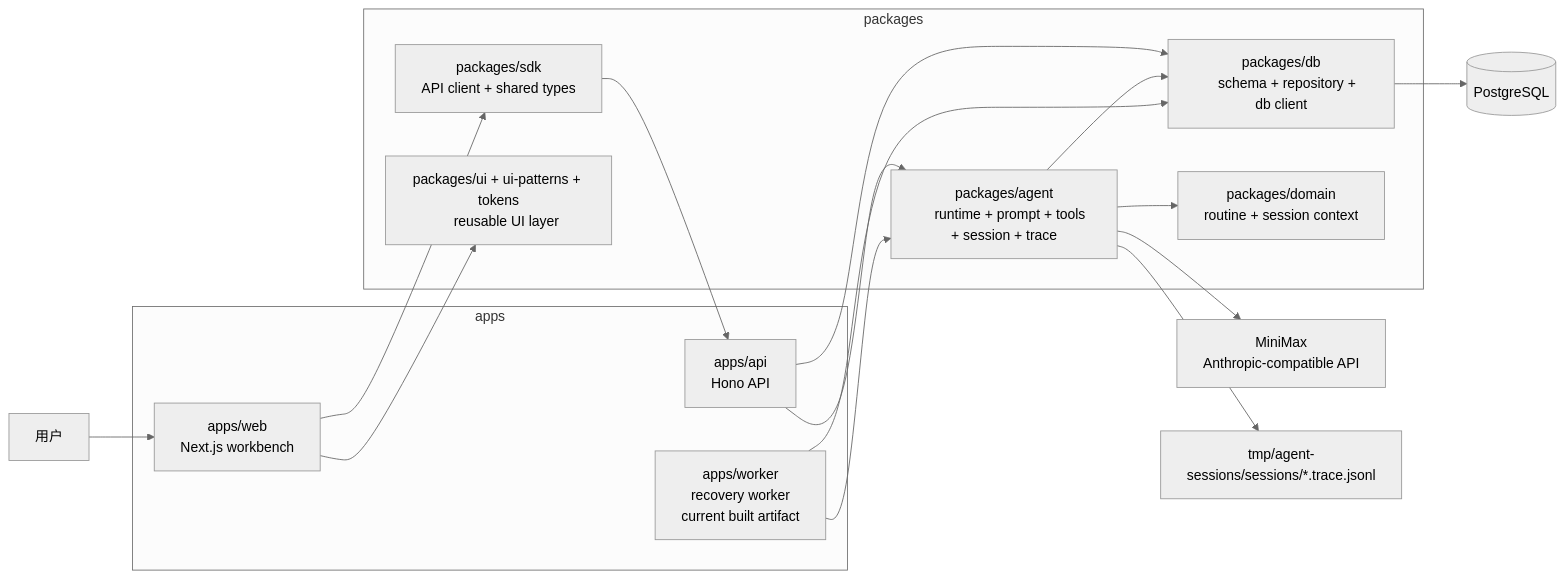
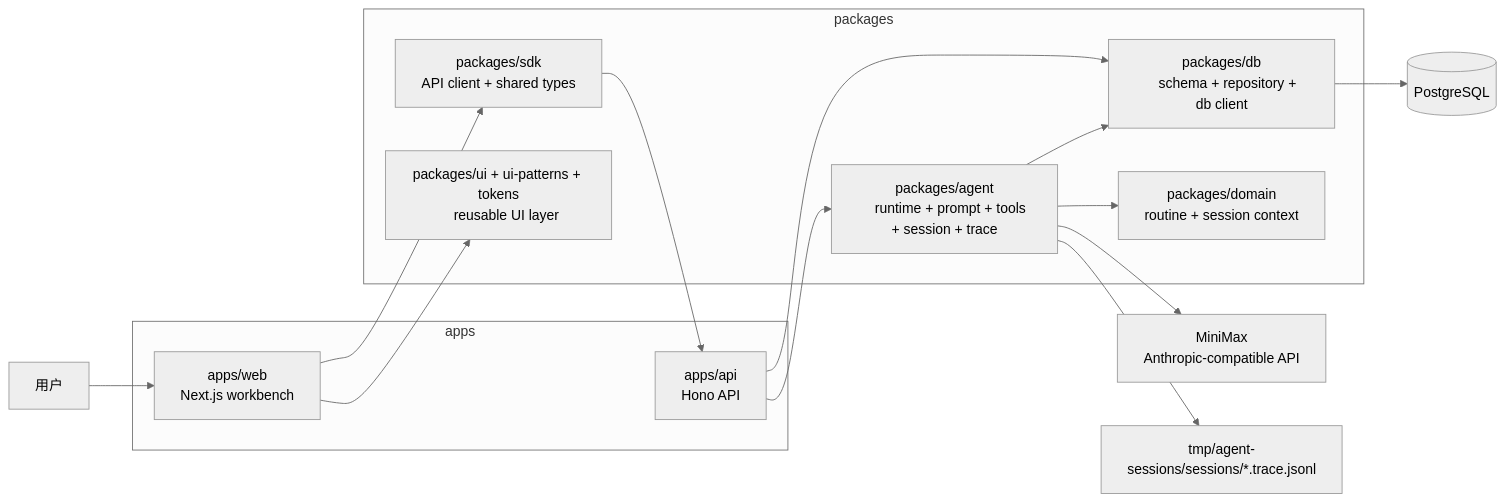
Before and after one commit to pswd123456/my-agent-proj: the first of 2 diagrams in docs/architecture/diagram.md, drawn with Mermaid (neutral theme). The commit also changed other lines of this file and 49 other files, not shown here.

````diff
--- a/docs/architecture/diagram.md
+++ b/docs/architecture/diagram.md
@@ -7,46 +7,41 @@
 ```mermaid
 flowchart LR
   user["用户"]
 
   subgraph apps["apps"]
     web["apps/web
     Next.js workbench"]
     api["apps/api
     Hono API"]
-    worker["apps/worker
-    recovery worker
-    current built artifact"]
   end
 
   subgraph packages["packages"]
     sdk["packages/sdk
     API client + shared types"]
     agent["packages/agent
     runtime + prompt + tools + session + trace"]
     db["packages/db
     schema + repository + db client"]
     domain["packages/domain
     routine + session context"]
     ui["packages/ui + ui-patterns + tokens
     reusable UI layer"]
   end
 
   postgres[("PostgreSQL")]
   minimax["MiniMax
   Anthropic-compatible API"]
   trace["tmp/agent-sessions/sessions/*.trace.jsonl"]
 
   user --> web
   web --> ui
   web --> sdk
   sdk --> api
   api --> agent
   api --> db
   agent --> domain
   agent --> db
   db --> postgres
   agent --> minimax
   agent --> trace
-  worker --> agent
-  worker --> db
 ```
````
